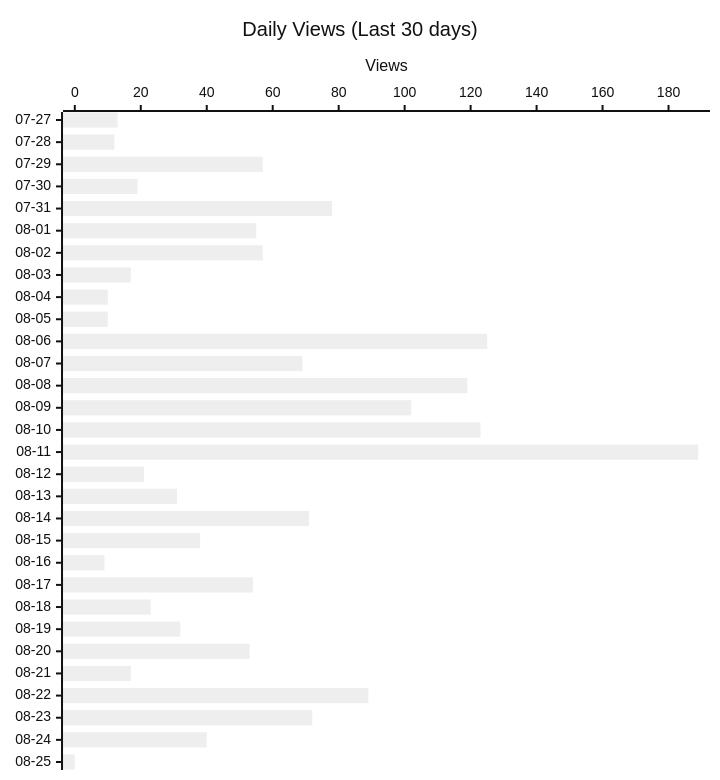
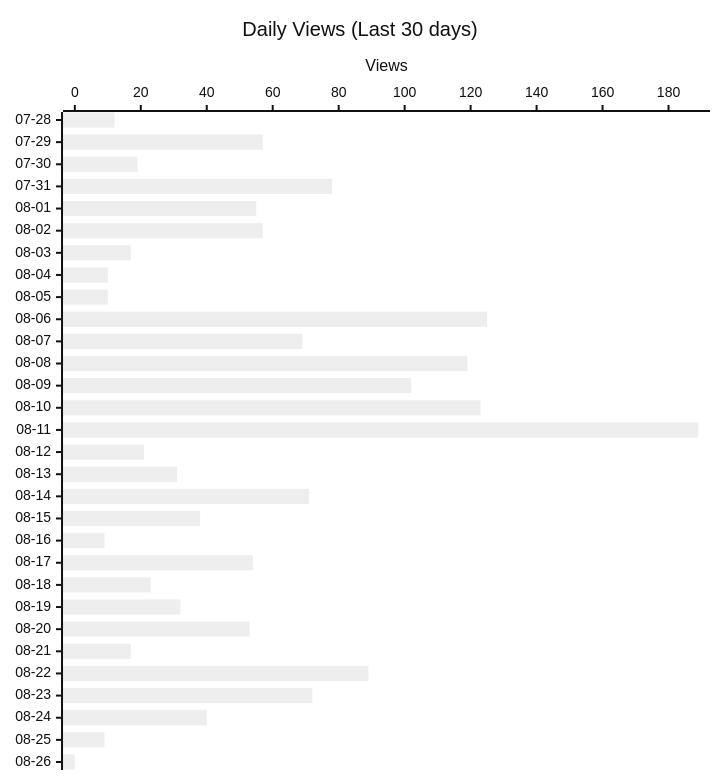
Before and after one commit to shigechika/github-insights: the second of 4 diagrams in README.md, drawn with Mermaid (neutral theme). The commit also changed other lines of this file and 2 other files, not shown here.

````diff
--- a/README.md
+++ b/README.md
@@ -28,12 +28,12 @@
 ```mermaid
 ---
 config:
   xyChart:
     height: 760
 ---
 xychart-beta horizontal
     title "Daily Views (Last 30 days)"
-    x-axis ["07-27", "07-28", "07-29", "07-30", "07-31", "08-01", "08-02", "08-03", "08-04", "08-05", "08-06", "08-07", "08-08", "08-09", "08-10", "08-11", "08-12", "08-13", "08-14", "08-15", "08-16", "08-17", "08-18", "08-19", "08-20", "08-21", "08-22", "08-23", "08-24", "08-25"]
+    x-axis ["07-28", "07-29", "07-30", "07-31", "08-01", "08-02", "08-03", "08-04", "08-05", "08-06", "08-07", "08-08", "08-09", "08-10", "08-11", "08-12", "08-13", "08-14", "08-15", "08-16", "08-17", "08-18", "08-19", "08-20", "08-21", "08-22", "08-23", "08-24", "08-25", "08-26"]
     y-axis "Views"
-    bar [13, 12, 57, 19, 78, 55, 57, 17, 10, 10, 125, 69, 119, 102, 123, 189, 21, 31, 71, 38, 9, 54, 23, 32, 53, 17, 89, 72, 40, 0]
+    bar [12, 57, 19, 78, 55, 57, 17, 10, 10, 125, 69, 119, 102, 123, 189, 21, 31, 71, 38, 9, 54, 23, 32, 53, 17, 89, 72, 40, 9, 0]
 ```
````
